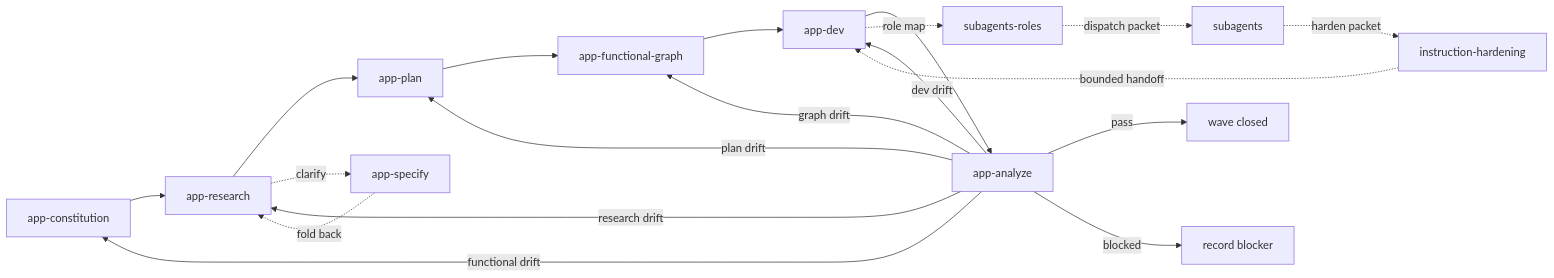
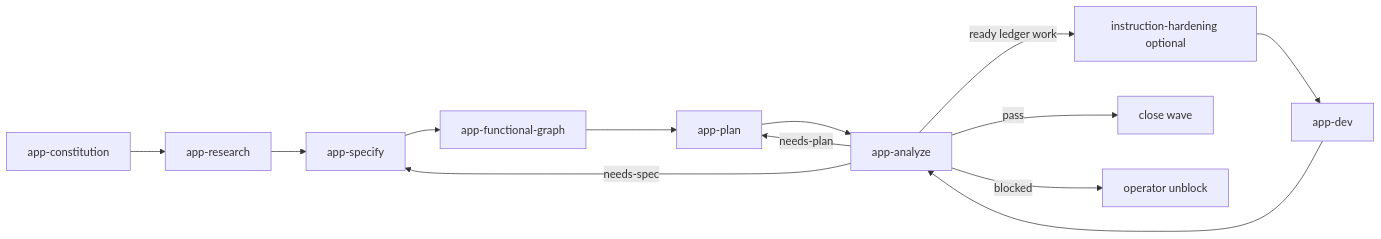
The diagram in SPEC.md (BearsCLOUD/bears-app-based-workflow), drawn with Mermaid before and after one commit. The commit also changed other lines of this file and 44 other files, not shown here.

````diff
--- a/SPEC.md
+++ b/SPEC.md
@@ -25,21 +19,15 @@
 ```mermaid
 flowchart LR
   C["app-constitution"] --> R["app-research"]
-  R --> P["app-plan"]
-  P --> G["app-functional-graph"]
-  G --> D["app-dev"]
-  D --> A["app-analyze"]
-  R -.clarify.-> S["app-specify"]
-  S -.fold back.-> R
-  D -.role map.-> RA["subagents-roles"]
-  RA -.dispatch packet.-> SG["subagents"]
-  SG -.harden packet.-> H["instruction-hardening"]
-  H -.bounded handoff.-> D
-  A -->|functional drift| C
-  A -->|research drift| R
-  A -->|plan drift| P
-  A -->|graph drift| G
-  A -->|dev drift| D
-  A -->|pass| X["wave closed"]
-  A -->|blocked| B["record blocker"]
+  R --> S["app-specify"]
+  S --> G["app-functional-graph"]
+  G --> P["app-plan"]
+  P --> A["app-analyze"]
+  A -->|needs-spec| S
+  A -->|needs-plan| P
+  A -->|ready ledger work| H["instruction-hardening optional"]
+  H --> D["app-dev"]
+  D --> A
+  A -->|pass| X["close wave"]
+  A -->|blocked| B["operator unblock"]
 ```
````
